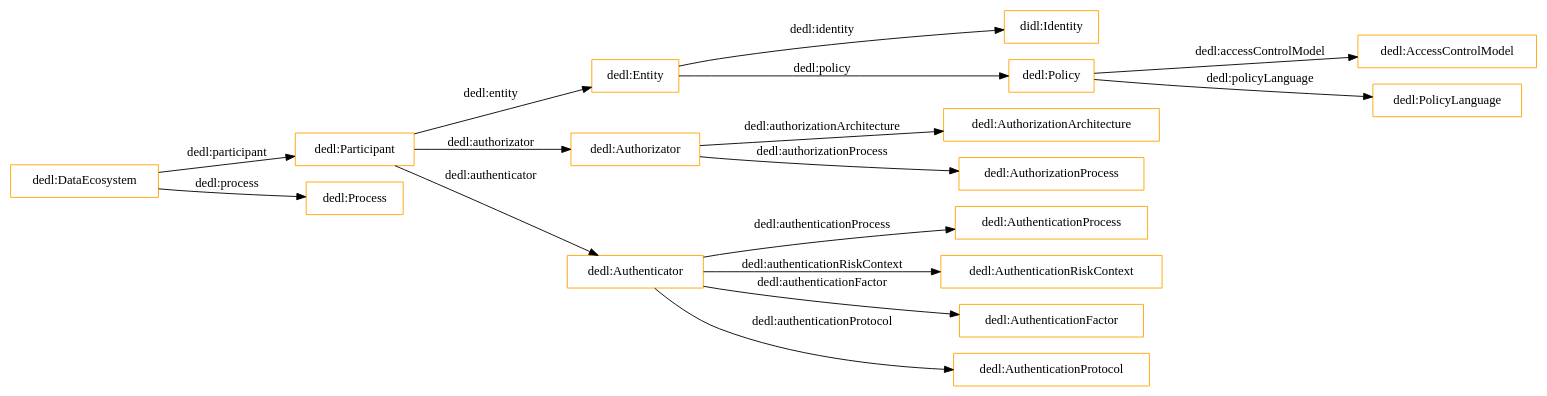
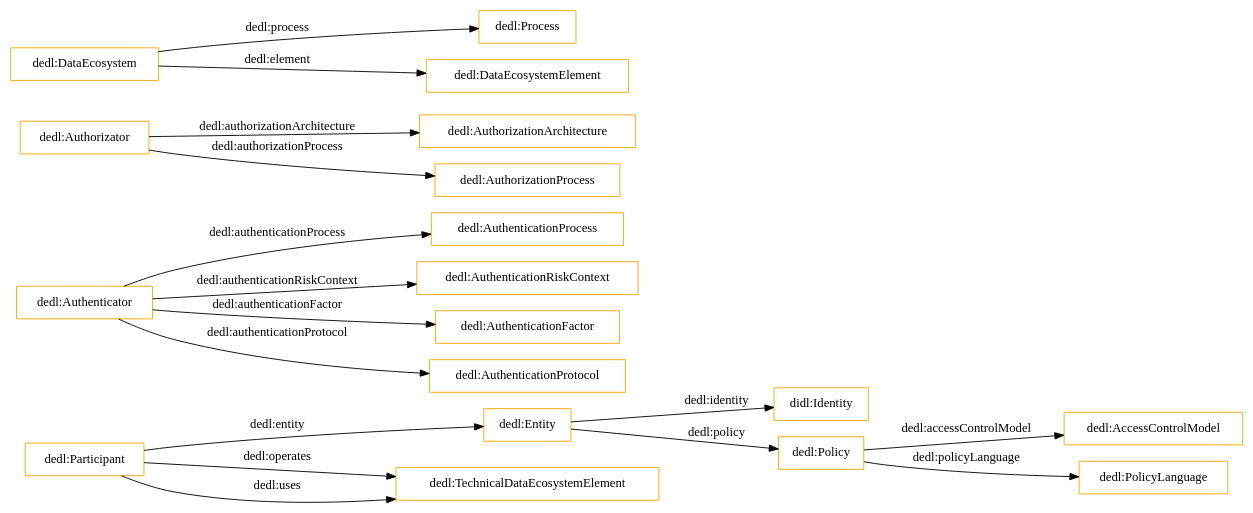
One commit to jiahang-chen/dedl changed the diagram in OnToology/dedl.ttl/diagrams/ar2dtool-class/dedl.ttl.png.dot. Above: the diagram before and after it, drawn with Graphviz. The commit also changed 12 other files, not shown here.

```diff
--- a/OnToology/dedl.ttl/diagrams/ar2dtool-class/dedl.ttl.png.dot
+++ b/OnToology/dedl.ttl/diagrams/ar2dtool-class/dedl.ttl.png.dot
@@ -1,21 +1,21 @@
 digraph ar2dtool_diagram { 
 rankdir=LR;
 size="1501"
-node [shape = rectangle, color="orange"]; "dedl:AccessControlModel" "dedl:AuthenticationProcess" "dedl:Participant" "dedl:Entity" "dedl:AuthorizationArchitecture" "dedl:Authorizator" "dedl:Authenticator" "didl:Identity" "dedl:AuthenticationRiskContext" "dedl:DataEcosystem" "dedl:PolicyLanguage" "dedl:AuthenticationFactor" "dedl:Process" "dedl:Policy" "dedl:AuthenticationProtocol" "dedl:AuthorizationProcess" ; /*classes style*/
+node [shape = rectangle, color="orange"]; "dedl:AccessControlModel" "dedl:AuthenticationProcess" "dedl:Participant" "dedl:Entity" "dedl:AuthorizationArchitecture" "dedl:Authorizator" "dedl:Authenticator" "didl:Identity" "dedl:AuthenticationRiskContext" "dedl:DataEcosystem" "dedl:PolicyLanguage" "dedl:TechnicalDataEcosystemElement" "dedl:AuthenticationFactor" "dedl:Process" "dedl:DataEcosystemElement" "dedl:Policy" "dedl:AuthenticationProtocol" "dedl:AuthorizationProcess" ; /*classes style*/
 	"dedl:Entity" -> "didl:Identity" [ label = "dedl:identity" ];
-	"dedl:DataEcosystem" -> "dedl:Participant" [ label = "dedl:participant" ];
 	"dedl:Policy" -> "dedl:AccessControlModel" [ label = "dedl:accessControlModel" ];
 	"dedl:Authenticator" -> "dedl:AuthenticationProcess" [ label = "dedl:authenticationProcess" ];
 	"dedl:Entity" -> "dedl:Policy" [ label = "dedl:policy" ];
 	"dedl:Authenticator" -> "dedl:AuthenticationFactor" [ label = "dedl:authenticationFactor" ];
 	"dedl:Authorizator" -> "dedl:AuthorizationProcess" [ label = "dedl:authorizationProcess" ];
-	"dedl:Participant" -> "dedl:Authenticator" [ label = "dedl:authenticator" ];
-	"dedl:Participant" -> "dedl:Authorizator" [ label = "dedl:authorizator" ];
 	"dedl:Authenticator" -> "dedl:AuthenticationRiskContext" [ label = "dedl:authenticationRiskContext" ];
+	"dedl:Participant" -> "dedl:TechnicalDataEcosystemElement" [ label = "dedl:operates" ];
 	"dedl:Authenticator" -> "dedl:AuthenticationProtocol" [ label = "dedl:authenticationProtocol" ];
 	"dedl:Policy" -> "dedl:PolicyLanguage" [ label = "dedl:policyLanguage" ];
 	"dedl:Participant" -> "dedl:Entity" [ label = "dedl:entity" ];
 	"dedl:Authorizator" -> "dedl:AuthorizationArchitecture" [ label = "dedl:authorizationArchitecture" ];
+	"dedl:Participant" -> "dedl:TechnicalDataEcosystemElement" [ label = "dedl:uses" ];
+	"dedl:DataEcosystem" -> "dedl:DataEcosystemElement" [ label = "dedl:element" ];
 	"dedl:DataEcosystem" -> "dedl:Process" [ label = "dedl:process" ];
 
 }
```
